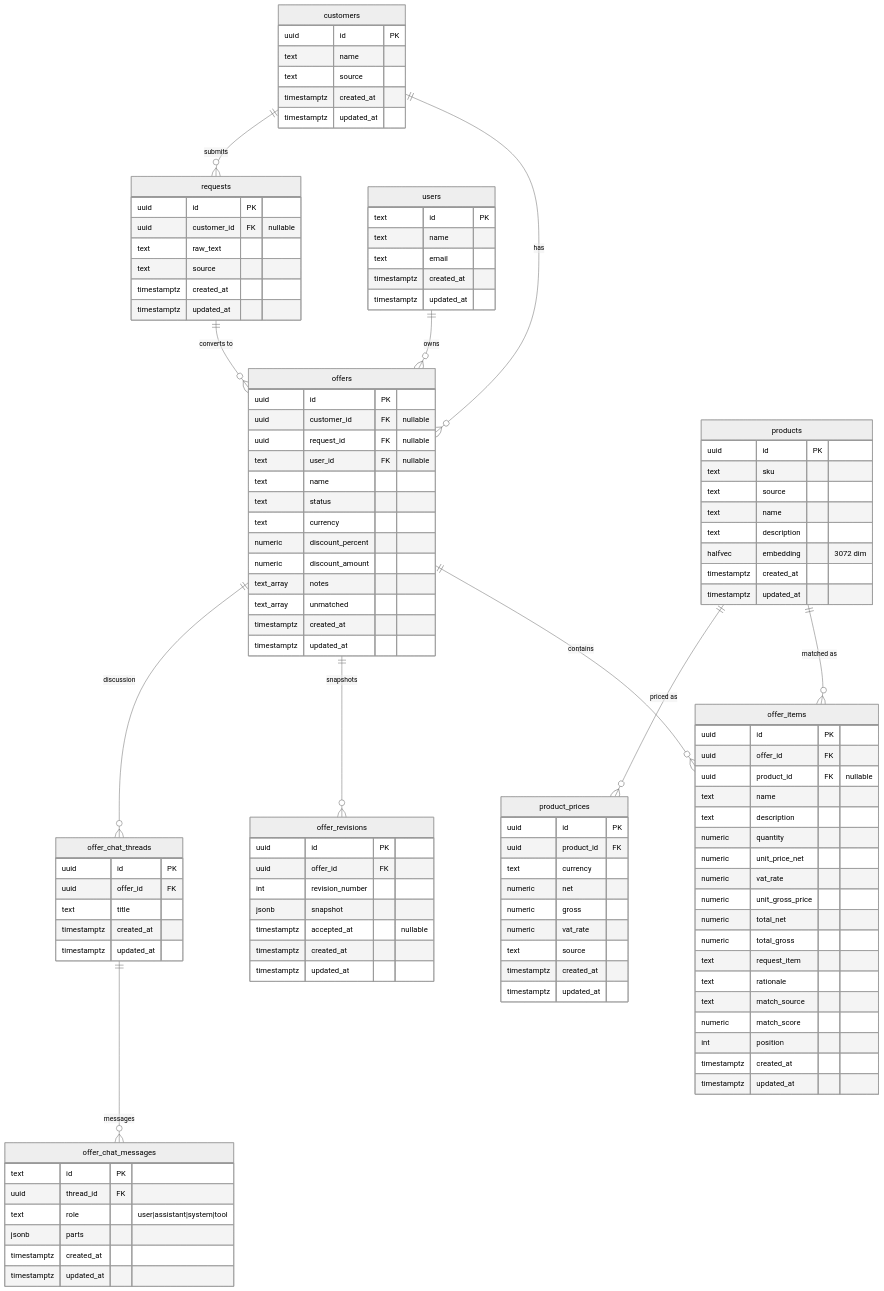
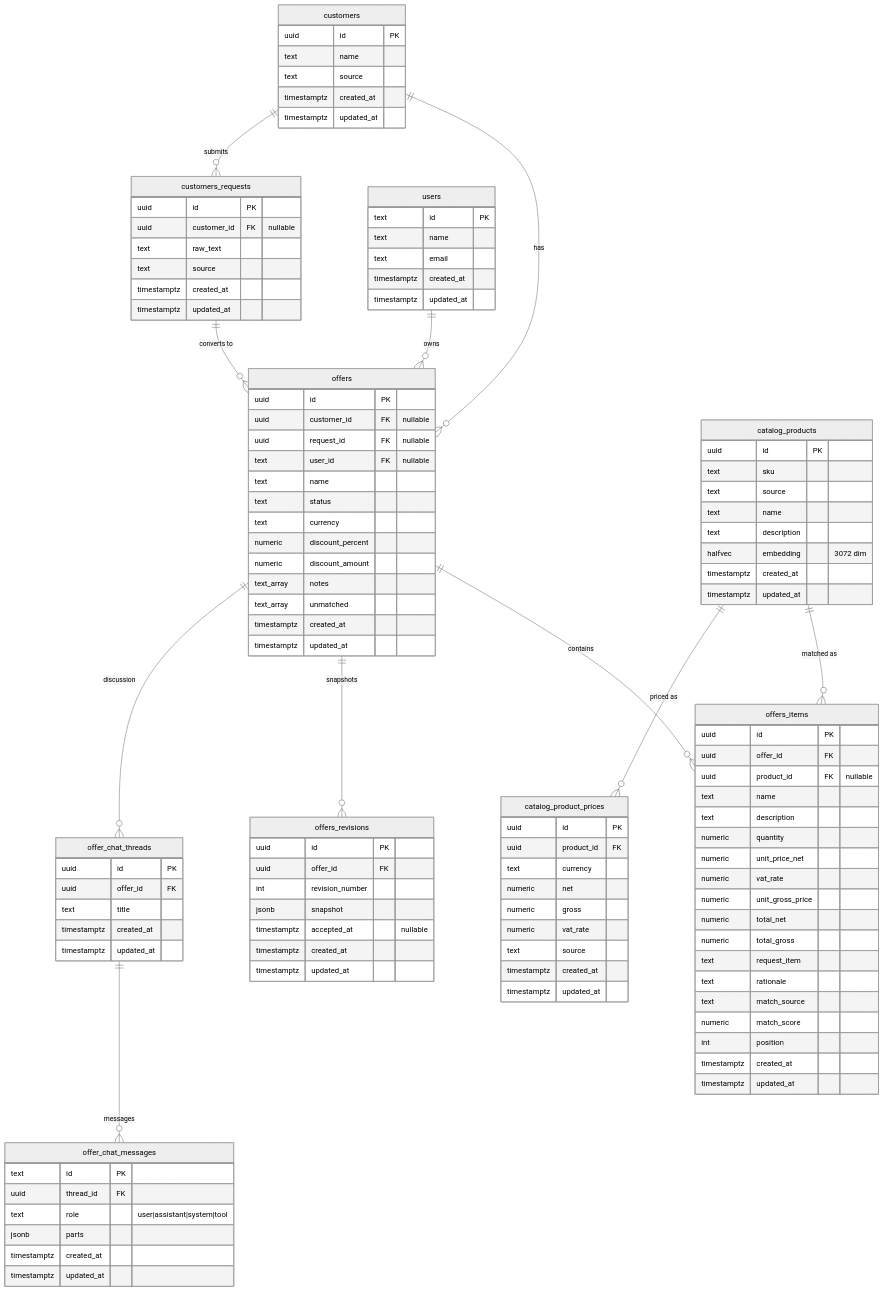
One commit to solivio-ai/solivio changed the diagram in docs/erd.md. Above: the diagram before and after it, drawn with Mermaid (neutral theme). The commit also changed other lines of this file and 50 other files, not shown here.

````diff
--- a/docs/erd.md
+++ b/docs/erd.md
@@ -9,18 +9,18 @@
 ```mermaid
 erDiagram
     customers ||--o{ offers : "has"
-    customers ||--o{ requests : "submits"
-    requests ||--o{ offers : "converts to"
+    customers ||--o{ customers_requests : "submits"
+    customers_requests ||--o{ offers : "converts to"
     users ||--o{ offers : "owns"
 
-    offers ||--o{ offer_items : "contains"
-    offers ||--o{ offer_revisions : "snapshots"
+    offers ||--o{ offers_items : "contains"
+    offers ||--o{ offers_revisions : "snapshots"
     offers ||--o{ offer_chat_threads : "discussion"
 
     offer_chat_threads ||--o{ offer_chat_messages : "messages"
 
-    products ||--o{ offer_items : "matched as"
-    products ||--o{ product_prices : "priced as"
+    catalog_products ||--o{ offers_items : "matched as"
+    catalog_products ||--o{ catalog_product_prices : "priced as"
 
     customers {
         uuid id PK
@@ -38,7 +38,7 @@
         timestamptz updated_at
     }
 
-    requests {
+    customers_requests {
         uuid id PK
         uuid customer_id FK "nullable"
         text raw_text
@@ -63,7 +63,7 @@
         timestamptz updated_at
     }
 
-    offer_items {
+    offers_items {
         uuid id PK
         uuid offer_id FK
         uuid product_id FK "nullable"
@@ -84,7 +84,7 @@
         timestamptz updated_at
     }
 
-    offer_revisions {
+    offers_revisions {
         uuid id PK
         uuid offer_id FK
         int revision_number
@@ -111,7 +111,7 @@
         timestamptz updated_at
     }
 
-    products {
+    catalog_products {
         uuid id PK
         text sku
         text source
@@ -122,7 +122,7 @@
         timestamptz updated_at
     }
 
-    product_prices {
+    catalog_product_prices {
         uuid id PK
         uuid product_id FK
         text currency
````
